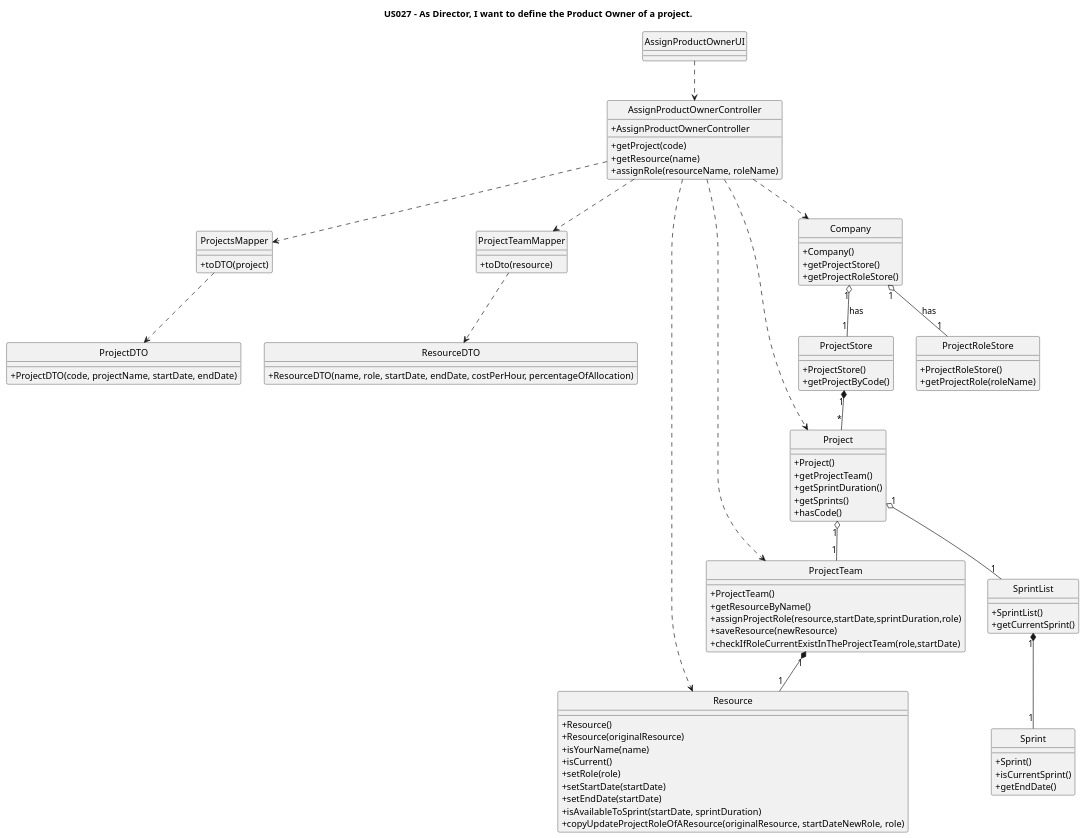
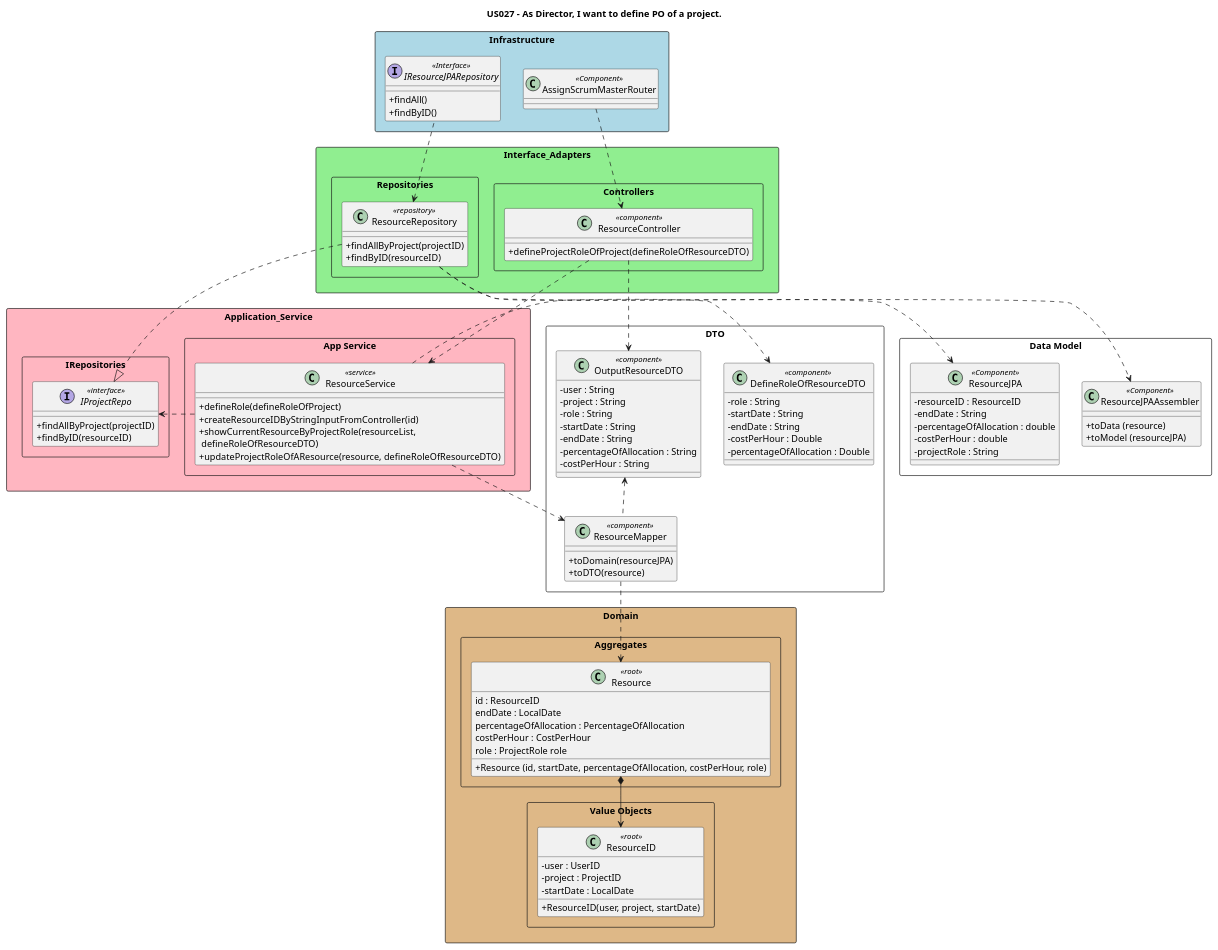
Before and after one commit to nunogon1211787/projectManagement: the diagram in docs/Sprint3/US027/US027-CD.puml, drawn with PlantUML. The commit also changed 28 other files, not shown here.

```diff
--- a/docs/Sprint3/US027/US027-CD.puml
+++ b/docs/Sprint3/US027/US027-CD.puml
@@ -1,107 +1,134 @@
 @startuml
+'https://plantuml.com/class-diagram
 
-hide circle
 skinparam classAttributeIconSize 0
 
-title "US027 - As Director, I want to define the Product Owner of a project."
+title US027 - As Director, I want to define PO of a project.
 
-class AssignProductOwnerUI {
+
+
+'-------------------INFRASTRUCTURE-----------------------'
+package "Infrastructure" <<Rectangle>>  #lightblue {
+class "AssignScrumMasterRouter" as router <<Component>>{
+}
+interface "IResourceJPARepository" as jpaRepo <<Interface>>{
++ findAll()
++ findByID()
+}
 }
 
-class AssignProductOwnerController {
-    +AssignProductOwnerController
-    +getProject(code)
-    +getResource(name)
-    +assignRole(resourceName, roleName)
+
+'-------------------INTERFACE ADAPTERS-------------------'
+package Interface_Adapters <<Rectangle>> #lightgreen{
+package "Controllers" <<Rectangle>> {
+class "ResourceController" as Ctrl <<component>> {
++defineProjectRoleOfProject(defineRoleOfResourceDTO)
+}
+}
+package Repositories <<Rectangle>> {
+class "ResourceRepository" as projectRepo <<repository>> {
++findAllByProject(projectID)
++findByID(resourceID)
+}
+}
 }
 
-class ProjectsMapper {
-    +toDTO(project)
-    }
-
-class ProjectTeamMapper {
-    +toDto(resource)
+'-------------------APPLICATION SERVICE------------------'
+package Application_Service <<Rectangle>> #lightpink {
+package IRepositories <<Rectangle>> {
+interface "IProjectRepo" as iRepo <<interface>>{
++findAllByProject(projectID)
++findByID(resourceID)
+}
 }
 
-class ProjectDTO {
-    +ProjectDTO(code, projectName, startDate, endDate)
+package "App Service" <<Rectangle>> {
+class "ResourceService" as service <<service>> {
++ defineRole(defineRoleOfProject)
++ createResourceIDByStringInputFromController(id)
++ showCurrentResourceByProjectRole(resourceList, \n defineRoleOfResourceDTO)
++ updateProjectRoleOfAResource(resource, defineRoleOfResourceDTO)
+}
+}
 }
 
-class ResourceDTO {
-    +ResourceDTO(name, role, startDate, endDate, costPerHour, percentageOfAllocation)
+package "Data Model" <<Rectangle>> {
+class "ResourceJPAAssembler" as assembler <<Component>> {
++ toData (resource)
++ toModel (resourceJPA)
+}
+class "ResourceJPA" as jpa <<Component>> {
+- resourceID : ResourceID
+- endDate : String
+- percentageOfAllocation : double
+- costPerHour : double
+- projectRole : String
+}
 }
 
-class Company {
-    +Company()
-    +getProjectStore()
-    +getProjectRoleStore()
+'-------------------DOMAIN-------------------------------'
+package Domain <<Rectangle>> #burlywood{
+package "Aggregates" <<Rectangle>> {
+class "Resource" as project <<root>>{
+id : ResourceID
+endDate : LocalDate
+percentageOfAllocation : PercentageOfAllocation
+costPerHour : CostPerHour
+role : ProjectRole role
++ Resource (id, startDate, percentageOfAllocation, costPerHour, role)
+}
+}
+package "Value Objects" <<Rectangle>> {
+class "ResourceID" as projId <<root>>{
+- user : UserID
+- project : ProjectID
+- startDate : LocalDate
++ ResourceID(user, project, startDate)
+}
+}
 }
 
-class ProjectTeam {
-    +ProjectTeam()
-    +getResourceByName()
-    +assignProjectRole(resource,startDate,sprintDuration,role)
-    +saveResource(newResource)
-    +checkIfRoleCurrentExistInTheProjectTeam(role,startDate)
+
+'-------------------DTO----------------------------------'
+package "DTO" <<Rectangle>>{
+class "ResourceMapper" as mapper <<component>> {
++ toDomain(resourceJPA)
++ toDTO(resource)
+}
+class "DefineRoleOfResourceDTO" as projectDTO <<component>>{
+- role : String
+- startDate : String
+- endDate : String
+- costPerHour : Double
+- percentageOfAllocation : Double
+}
+class "OutputResourceDTO" as outPutDTO <<component>>{
+- user : String
+- project : String
+- role : String
+- startDate : String
+- endDate : String
+- percentageOfAllocation : String
+- costPerHour : String
+}
 }
 
-class Resource {
-    +Resource()
-    +Resource(originalResource)
-    +isYourName(name)
-    +isCurrent()
-    +setRole(role)
-    +setStartDate(startDate)
-    +setEndDate(startDate)
-    +isAvailableToSprint(startDate, sprintDuration)
-    +copyUpdateProjectRoleOfAResource(originalResource, startDateNewRole, role)
-}
 
-class ProjectStore {
-    +ProjectStore()
-    +getProjectByCode()
-}
 
-class ProjectRoleStore {
-    +ProjectRoleStore()
-    +getProjectRole(roleName)
-}
+'-------------------RELATIONSHIPS------------------------'
+router ..> Ctrl
+Ctrl ..> service
+projectRepo ..|> iRepo
+service .l.> iRepo
+service .r.> mapper
+service .r.> projectDTO
+mapper .u.> outPutDTO
+Ctrl ..> outPutDTO
+project *--> projId
+projectRepo <.. jpaRepo
 
-class Project {
-    +Project()
-    +getProjectTeam()
-    +getSprintDuration()
-    +getSprints()
-    +hasCode()
-}
-
-class SprintList {
-    +SprintList()
-    +getCurrentSprint()
-}
-
-class Sprint {
-    +Sprint()
-    +isCurrentSprint()
-    +getEndDate()
-}
-
-AssignProductOwnerUI ..> AssignProductOwnerController
-AssignProductOwnerController ..> Company
-AssignProductOwnerController ..> ProjectsMapper
-AssignProductOwnerController ..> ProjectTeamMapper
-AssignProductOwnerController ..> Project
-AssignProductOwnerController ..> ProjectTeam
-AssignProductOwnerController ..> Resource
-ProjectsMapper ..> ProjectDTO
-ProjectTeamMapper ..> ResourceDTO
-
-Company "1" o-- "1" ProjectRoleStore: has
-Company "1" o-- "1" ProjectStore: has
-ProjectStore "1" *-- "*" Project
-Project "1" o-- "1" ProjectTeam
-Project "1" o-- "1" SprintList
-SprintList "1" *-- "1" Sprint
-ProjectTeam "1" *-- "1" Resource
+mapper ..> project
+projectRepo ..> assembler
+projectRepo ..> jpa
 
 @enduml
```
